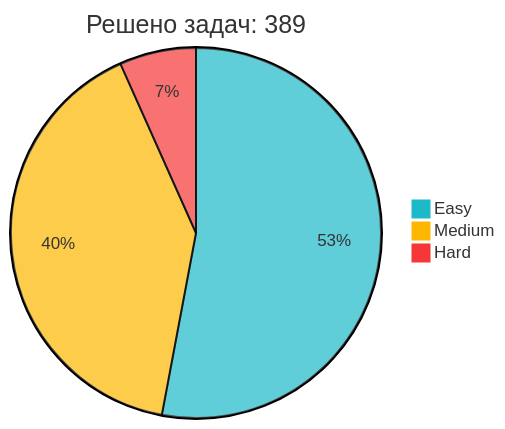
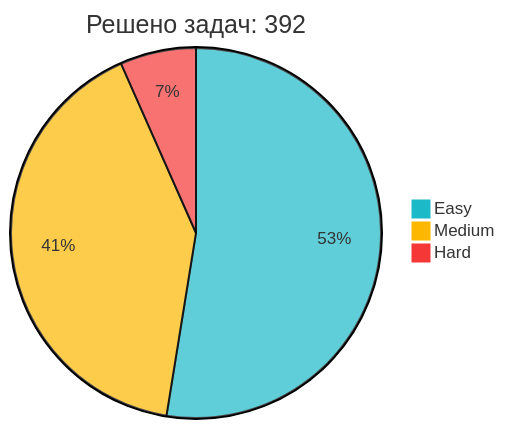
Before and after one commit to IliaKurdukov/IliaKurdukov: the diagram in README.md, drawn with Mermaid. The commit also changed other lines of this file, not shown here.

Commit message:
📈 Обновление статистики LeetCode

````diff
--- a/README.md
+++ b/README.md
@@ -51,7 +51,7 @@
 ```mermaid
 %%{init: {'theme': 'base', 'themeVariables': { 'pie1': '#1CBAC8', 'pie2': '#FEB700', 'pie3': '#F63737' }, 'config': {'width': 300, 'height': 200}}}%%
-pie title Решено задач: 389
+pie title Решено задач: 392
    "Easy" : 206
-   "Medium" : 157
+   "Medium" : 160
    "Hard" : 26
 ```
````
